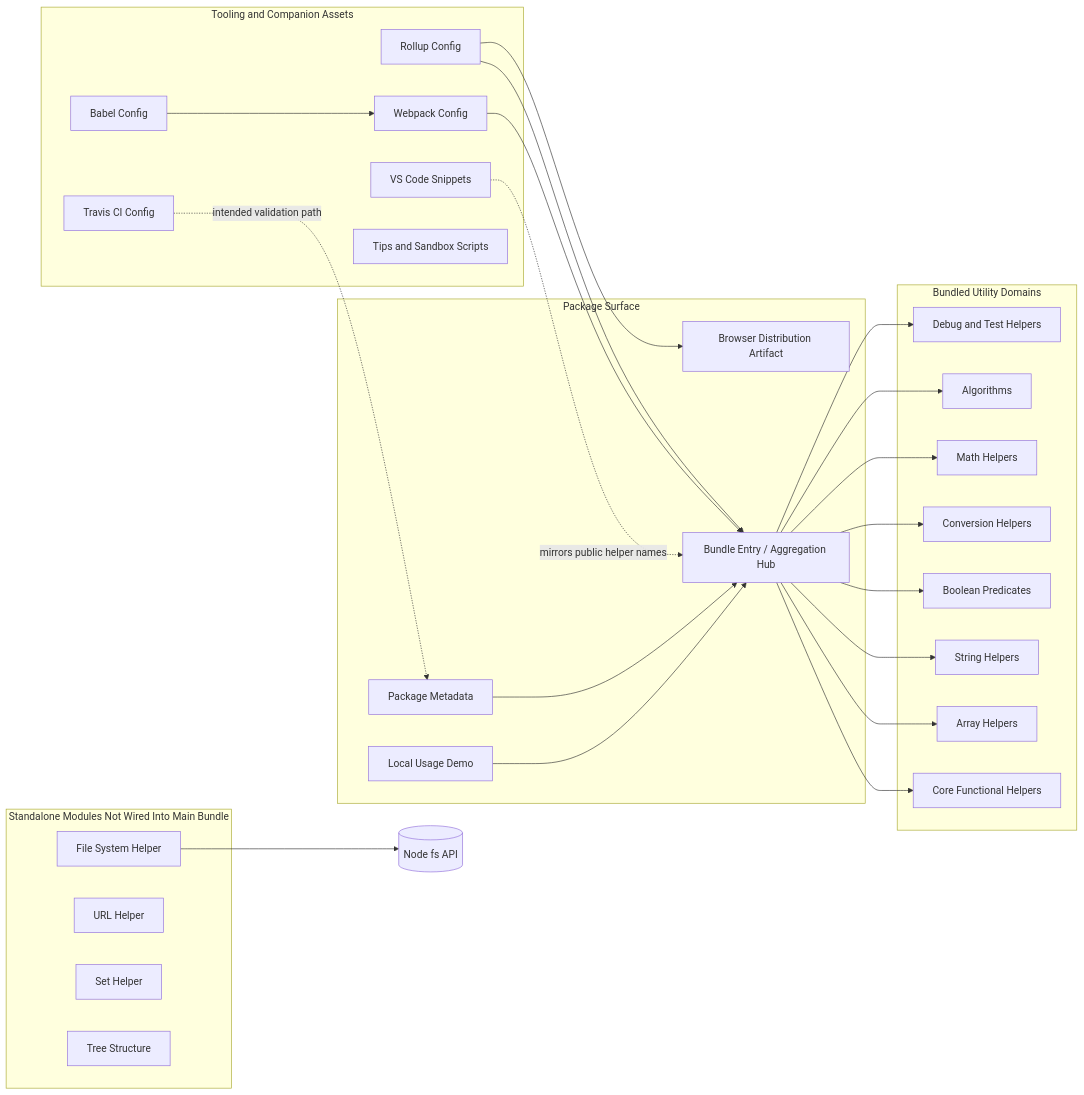
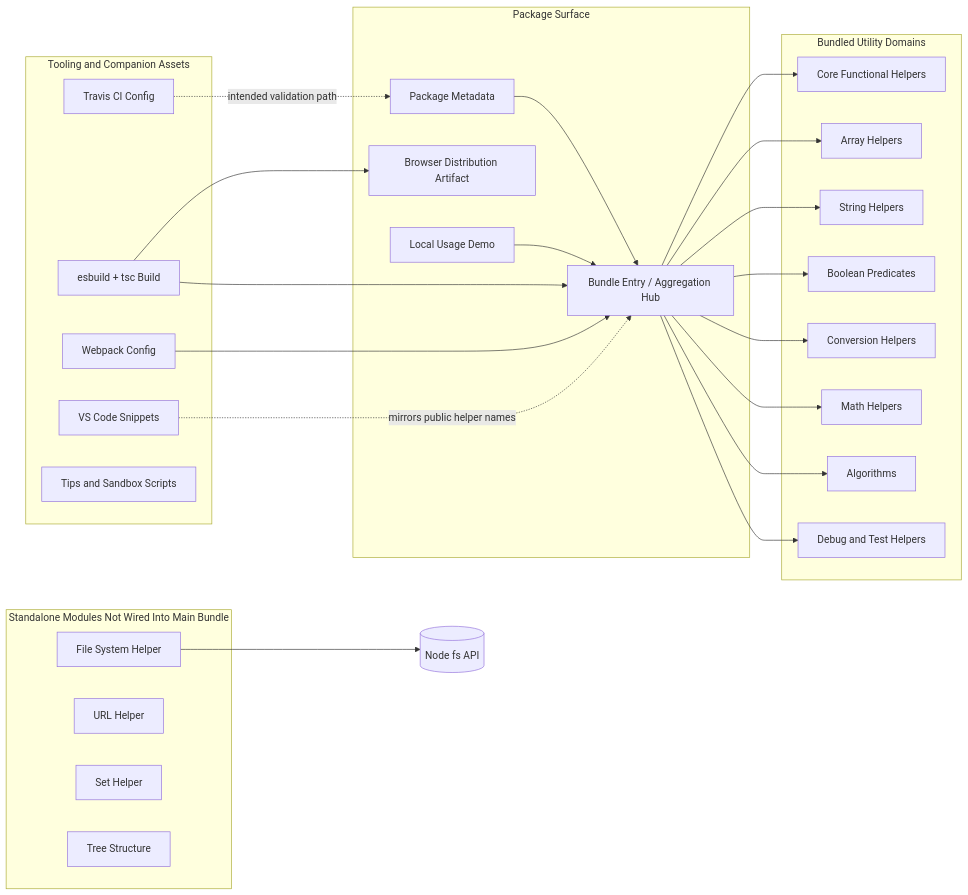
One commit to javastips/jstips changed the second of 3 diagrams in specs/CODEBASE_DIAGRAM.md. Above: the diagram before and after it, drawn with Mermaid. The commit also changed other lines of this file and 15 other files, not shown here.

````diff
--- a/specs/CODEBASE_DIAGRAM.md
+++ b/specs/CODEBASE_DIAGRAM.md
@@ -43,54 +43,52 @@
 ```mermaid
 flowchart LR
     subgraph domain_surface["Package Surface"]
         pkg_manifest["Package Metadata"]
         bundle_entry["Bundle Entry / Aggregation Hub"]
         dist_rollup["Browser Distribution Artifact"]
         demo_main["Local Usage Demo"]
     end
 
     subgraph domain_bundled["Bundled Utility Domains"]
         mod_core["Core Functional Helpers"]
         mod_array["Array Helpers"]
         mod_string["String Helpers"]
         mod_boolean["Boolean Predicates"]
         mod_convert["Conversion Helpers"]
         mod_math["Math Helpers"]
         mod_algo["Algorithms"]
         mod_support["Debug and Test Helpers"]
     end
 
     subgraph domain_standalone["Standalone Modules Not Wired Into Main Bundle"]
         mod_fs["File System Helper"]
         mod_url["URL Helper"]
         mod_set["Set Helper"]
         mod_tree["Tree Structure"]
     end
 
     subgraph domain_assets["Tooling and Companion Assets"]
-        cfg_rollup["Rollup Config"]
+        cfg_build["esbuild + tsc Build"]
         cfg_webpack["Webpack Config"]
-        cfg_babel["Babel Config"]
         cfg_ci["Travis CI Config"]
         asset_snippets["VS Code Snippets"]
         asset_tips["Tips and Sandbox Scripts"]
     end
 
     pkg_manifest --> bundle_entry
     demo_main --> bundle_entry
-    cfg_rollup --> bundle_entry
+    cfg_build --> bundle_entry
     cfg_webpack --> bundle_entry
-    cfg_babel --> cfg_webpack
-    cfg_rollup --> dist_rollup
+    cfg_build --> dist_rollup
     bundle_entry --> mod_core
     bundle_entry --> mod_array
     bundle_entry --> mod_string
     bundle_entry --> mod_boolean
     bundle_entry --> mod_convert
     bundle_entry --> mod_math
     bundle_entry --> mod_algo
     bundle_entry --> mod_support
     asset_snippets -. mirrors public helper names .-> bundle_entry
     mod_fs --> runtime_fs[("Node fs API")]
     cfg_ci -. intended validation path .-> pkg_manifest
 ```
````
